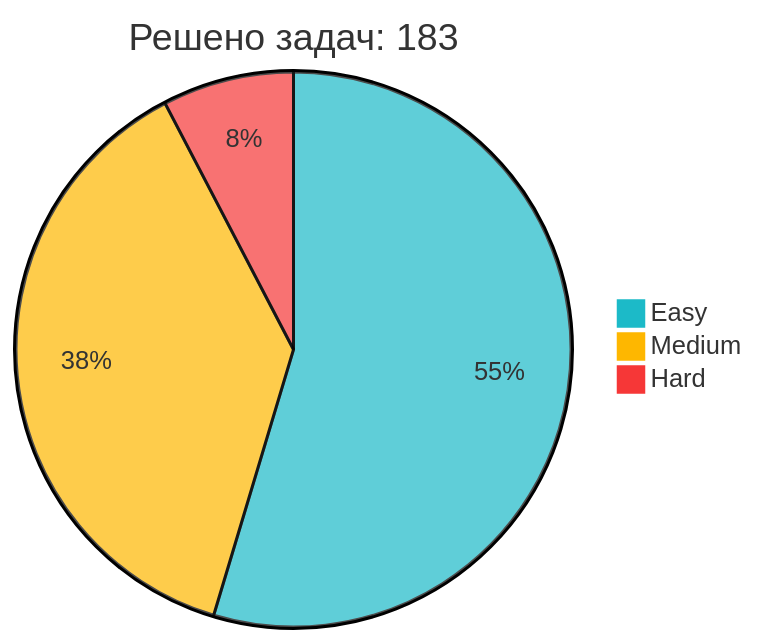
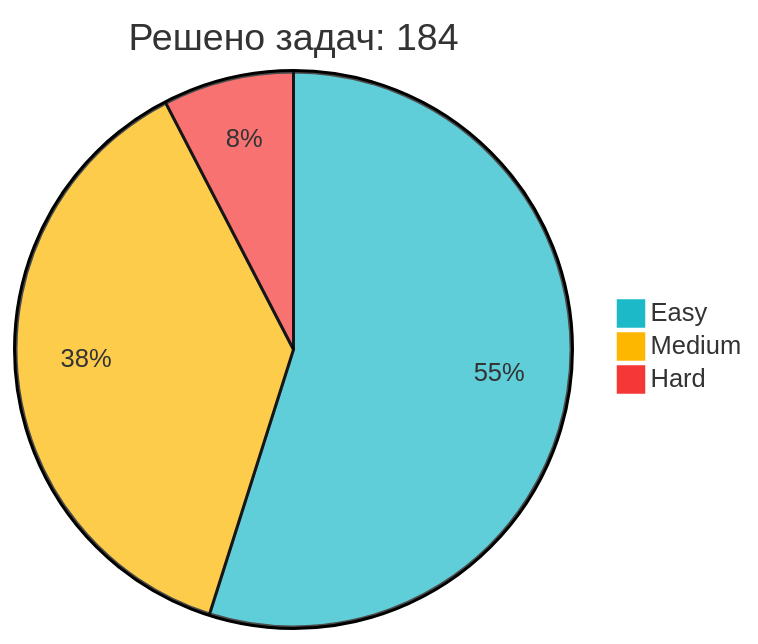
One commit to IliaKurdukov/IliaKurdukov changed the diagram in README.md. Above: the diagram before and after it, drawn with Mermaid. The commit also changed other lines of this file, not shown here.

Commit message:
📈 Обновление статистики LeetCode

````diff
--- a/README.md
+++ b/README.md
@@ -51,7 +51,7 @@
 ```mermaid
 %%{init: {'theme': 'base', 'themeVariables': { 'pie1': '#1CBAC8', 'pie2': '#FEB700', 'pie3': '#F63737' }, 'config': {'width': 300, 'height': 200}}}%%
-pie title Решено задач: 183
-   "Easy" : 100
+pie title Решено задач: 184
+   "Easy" : 101
    "Medium" : 69
    "Hard" : 14
 ```
````
